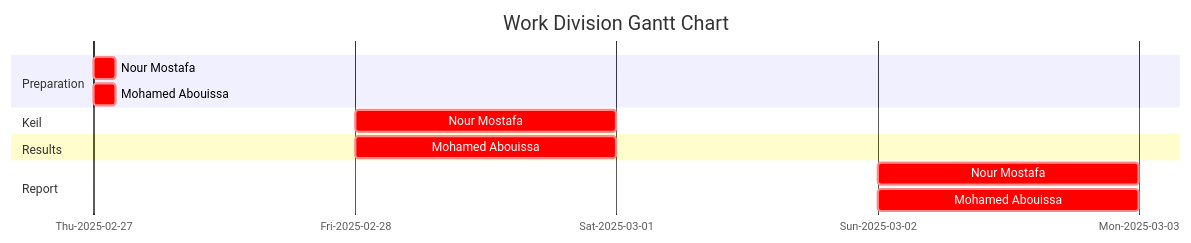
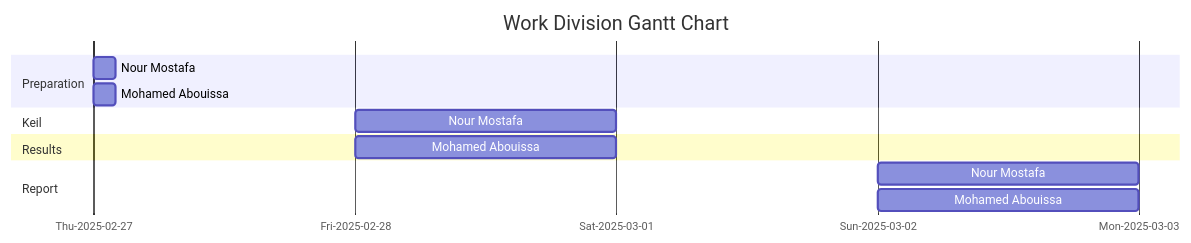
One commit to MONO-1223/AURAK-CENG432-EmbeddedSystemDesignLab changed the diagram in Practice/Toggling an External LED With an External Switch Using Different Delays and Heartbeat Debugging/README.md. Above: the diagram before and after it, drawn with Mermaid. The commit also changed other lines of this file, not shown here.

````diff
--- a/Practice/Toggling an External LED With an External Switch Using Different Delays and Heartbeat Debugging/README.md
+++ b/Practice/Toggling an External LED With an External Switch Using Different Delays and Heartbeat Debugging/README.md
@@ -38,17 +43,17 @@
 ```mermaid
 gantt
     title Work Division Gantt Chart
     tickInterval 1day
     todayMarker off
     axisFormat %a-%Y-%m-%d
     section Preparation         
-        Nour Mostafa : crit, 2025-02-27 00:00, 02h
-        Mohamed Abouissa : crit, 2025-02-27 00:00, 02h
+        Nour Mostafa : 2025-02-27 00:00, 02h
+        Mohamed Abouissa : 2025-02-27 00:00, 02h
     section Keil         
-        Nour Mostafa : crit, 2025-02-28 00:00, 1d
+        Nour Mostafa : 2025-02-28 00:00, 1d
     section Results       
-        Mohamed Abouissa : crit,2025-02-28 00:00, 1d
+        Mohamed Abouissa : 2025-02-28 00:00, 1d
     section Report
-        Nour Mostafa : crit, 2025-03-02 00:00, 1d
-        Mohamed Abouissa : crit, 2025-03-02 00:00, 1d
+        Nour Mostafa : 2025-03-02 00:00, 1d
+        Mohamed Abouissa : 2025-03-02 00:00, 1d
 ```
````
